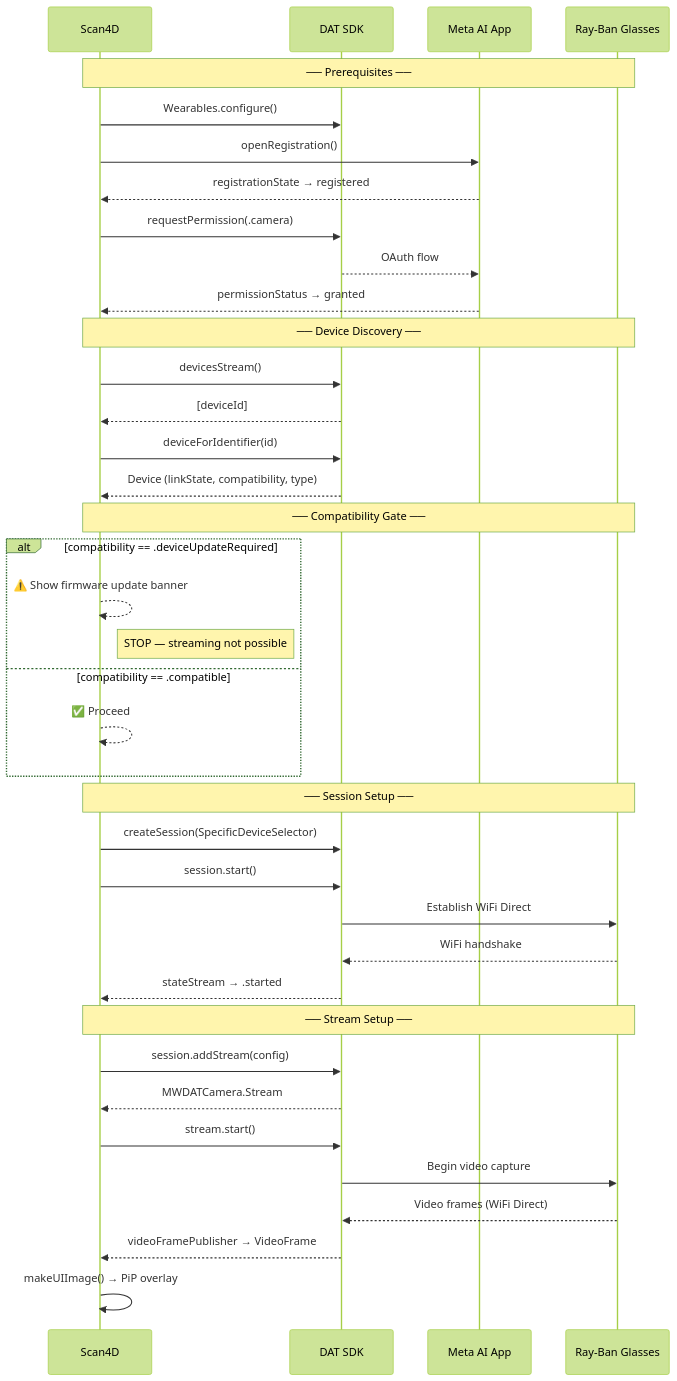
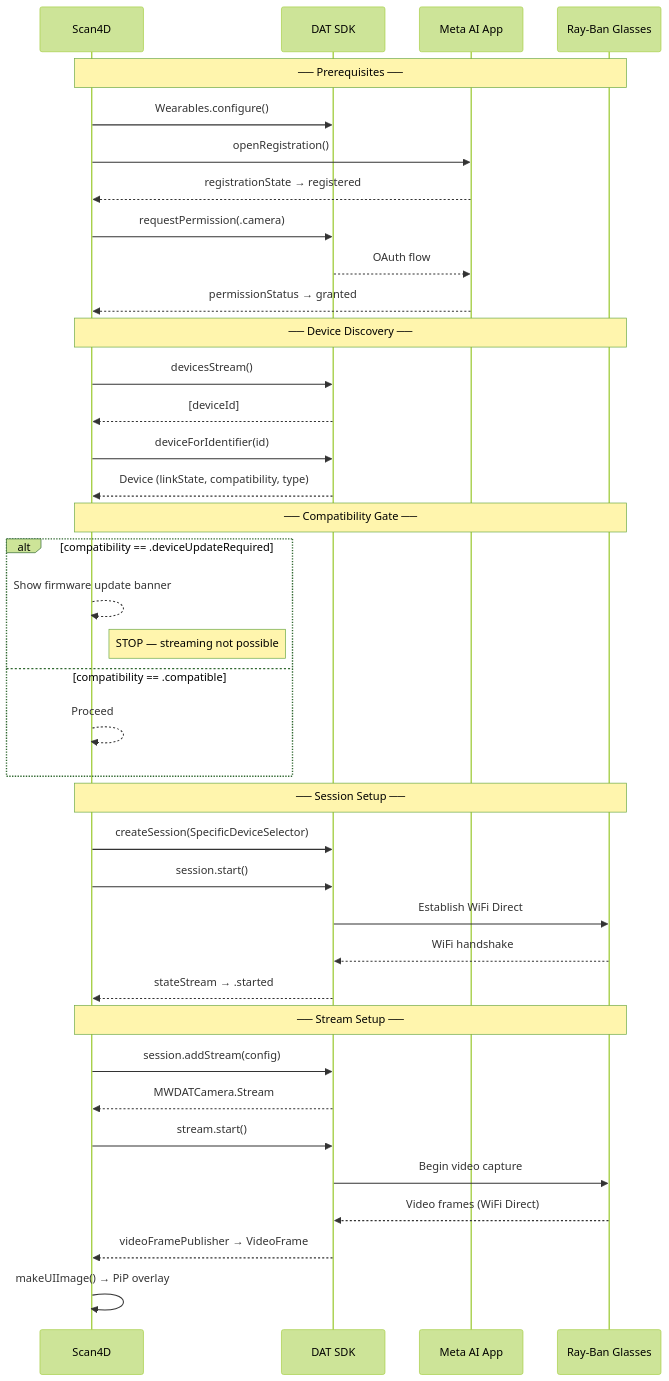
Before and after one commit to WiseLabCMU/wisescan-ios: diagram 13 of 13 in REQUIREMENTS.md, drawn with Mermaid (forest theme). The commit also changed other lines of this file and 7 other files, not shown here.

````diff
--- a/REQUIREMENTS.md
+++ b/REQUIREMENTS.md
@@ -905,45 +957,45 @@
 ```mermaid
 sequenceDiagram
     participant App as Scan4D
     participant SDK as DAT SDK
     participant AI as Meta AI App
     participant HW as Ray-Ban Glasses
 
     Note over App,HW: ── Prerequisites ──
     App->>SDK: Wearables.configure()
     App->>AI: openRegistration()
     AI-->>App: registrationState → registered
     App->>SDK: requestPermission(.camera)
     SDK-->>AI: OAuth flow
     AI-->>App: permissionStatus → granted
 
     Note over App,HW: ── Device Discovery ──
     App->>SDK: devicesStream()
     SDK-->>App: [deviceId]
     App->>SDK: deviceForIdentifier(id)
     SDK-->>App: Device (linkState, compatibility, type)
 
     Note over App,HW: ── Compatibility Gate ──
     alt compatibility == .deviceUpdateRequired
-        App-->>App: ⚠️ Show firmware update banner
+        App-->>App: Show firmware update banner
         Note right of App: STOP — streaming not possible
     else compatibility == .compatible
-        App-->>App: ✅ Proceed
+        App-->>App: Proceed
     end
 
     Note over App,HW: ── Session Setup ──
     App->>SDK: createSession(SpecificDeviceSelector)
     App->>SDK: session.start()
     SDK->>HW: Establish WiFi Direct
     HW-->>SDK: WiFi handshake
     SDK-->>App: stateStream → .started
 
     Note over App,HW: ── Stream Setup ──
     App->>SDK: session.addStream(config)
     SDK-->>App: MWDATCamera.Stream
     App->>SDK: stream.start()
     SDK->>HW: Begin video capture
     HW-->>SDK: Video frames (WiFi Direct)
     SDK-->>App: videoFramePublisher → VideoFrame
     App->>App: makeUIImage() → PiP overlay
 ```
````
